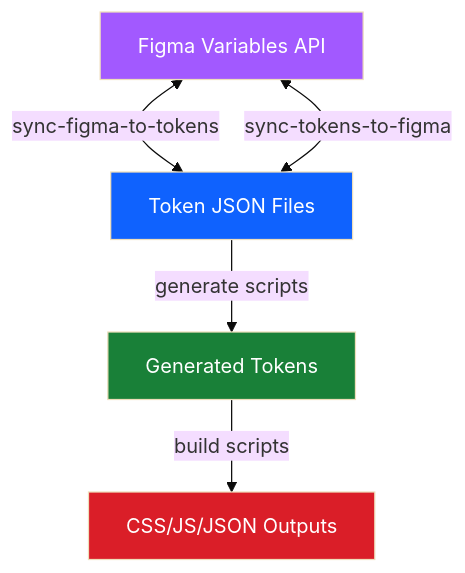
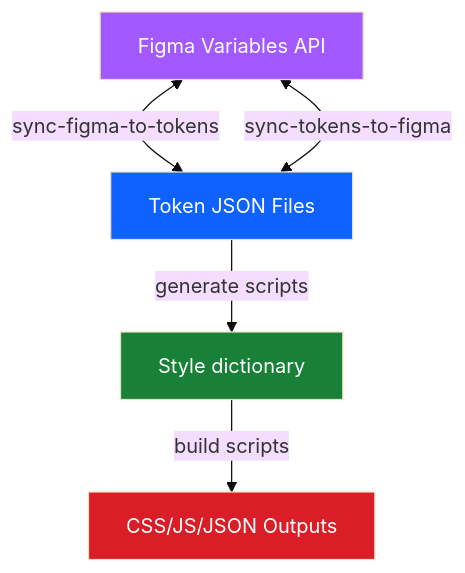
Before and after one commit to equinor/design-system: the second of 3 diagrams in documentation/how-to/TOKEN_SYSTEM_GUIDE.md, drawn with Mermaid (base theme). The commit also changed other lines of this file, not shown here.

````diff
--- a/documentation/how-to/TOKEN_SYSTEM_GUIDE.md
+++ b/documentation/how-to/TOKEN_SYSTEM_GUIDE.md
@@ -254,13 +229,13 @@
 ```mermaid
 graph TB
     A[Figma Variables API] <-->|sync-figma-to-tokens| B[Token JSON Files]
     B <-->|sync-tokens-to-figma| A
 
-    B -->|generate scripts| C[Generated Tokens]
+    B -->|generate scripts| C[Style dictionary]
     C -->|build scripts| D[CSS/JS/JSON Outputs]
 
     style A fill:#a259ff,color:#fff
     style B fill:#0f62fe,color:#fff
     style C fill:#198038,color:#fff
     style D fill:#da1e28,color:#fff
 ```
````
